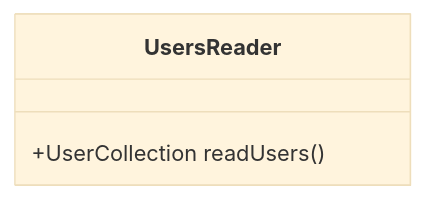
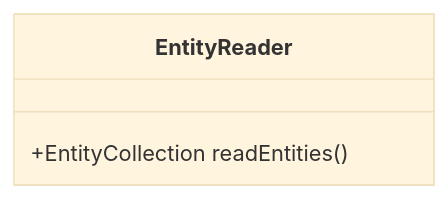
Before and after one commit to ColAshN65/FirstTeamProject: the third of 7 diagrams in README.md, drawn with Mermaid (base theme). The commit also changed other lines of this file, not shown here.

````diff
--- a/README.md
+++ b/README.md
@@ -67,7 +68,7 @@
 ```mermaid
 classDiagram
 
-  class UsersReader {
-    +UserCollection readUsers()
+  class EntityReader {
+    +EntityCollection readEntities()
   }
 ```
````
